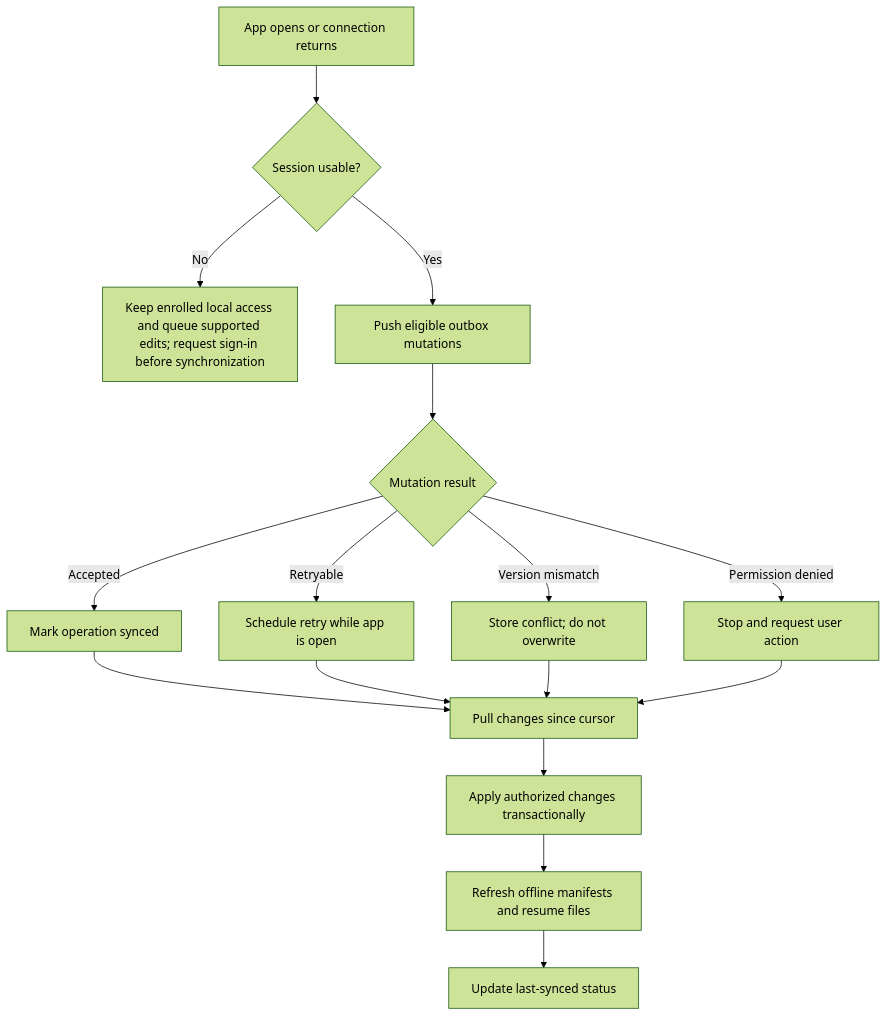
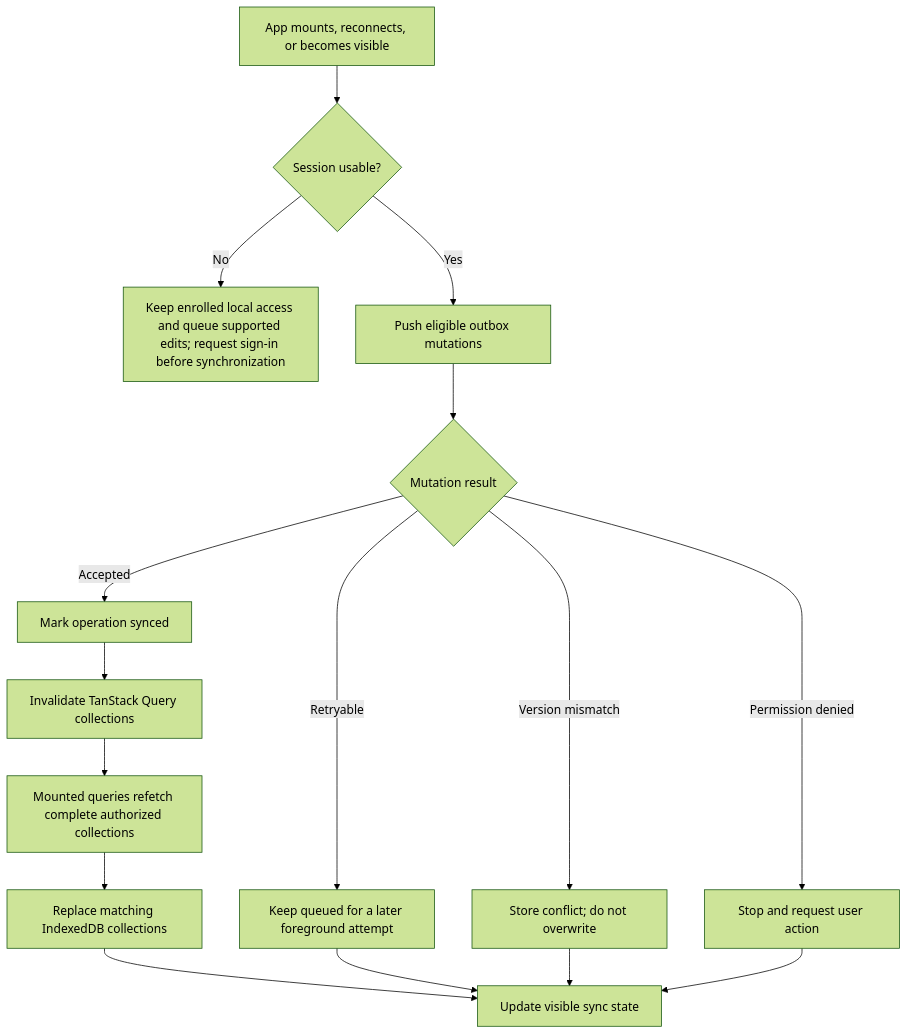
Before and after one commit to shantanu1258/trip-vault: the seventh of 13 diagrams in docs/LOW_LEVEL_DESIGN.md, drawn with Mermaid (forest theme). The commit also changed other lines of this file and 9 other files, not shown here.

````diff
--- a/docs/LOW_LEVEL_DESIGN.md
+++ b/docs/LOW_LEVEL_DESIGN.md
@@ -1157,18 +1200,18 @@
 ```mermaid
 flowchart TD
-    START[App opens or connection returns] --> AUTH{Session usable?}
+    START[App mounts, reconnects, or becomes visible] --> AUTH{Session usable?}
     AUTH -- No --> LOCAL[Keep enrolled local access and queue supported edits; request sign-in before synchronization]
     AUTH -- Yes --> PUSH[Push eligible outbox mutations]
     PUSH --> PRESULT{Mutation result}
     PRESULT -- Accepted --> NEXT[Mark operation synced]
     PRESULT -- Version mismatch --> CONFLICT[Store conflict; do not overwrite]
-    PRESULT -- Retryable --> RETRY[Schedule retry while app is open]
+    PRESULT -- Retryable --> RETRY[Keep queued for a later foreground attempt]
     PRESULT -- Permission denied --> ACTION[Stop and request user action]
-    NEXT --> PULL[Pull changes since cursor]
-    RETRY --> PULL
-    CONFLICT --> PULL
-    ACTION --> PULL
-    PULL --> APPLY[Apply authorized changes transactionally]
-    APPLY --> FILES[Refresh offline manifests and resume files]
-    FILES --> DONE[Update last-synced status]
+    NEXT --> INVALIDATE[Invalidate TanStack Query collections]
+    INVALIDATE --> REFRESH[Mounted queries refetch complete authorized collections]
+    REFRESH --> CACHE[Replace matching IndexedDB collections]
+    CACHE --> DONE[Update visible sync state]
+    RETRY --> DONE
+    CONFLICT --> DONE
+    ACTION --> DONE
 ```
````
